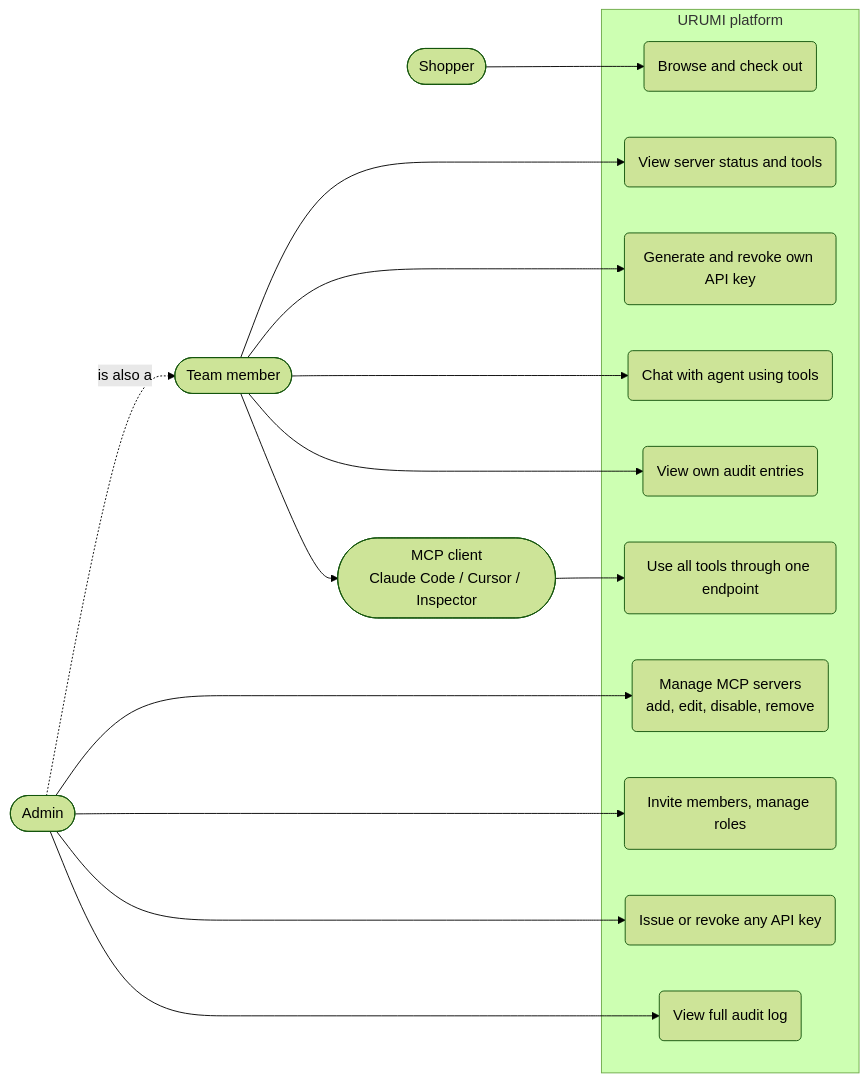
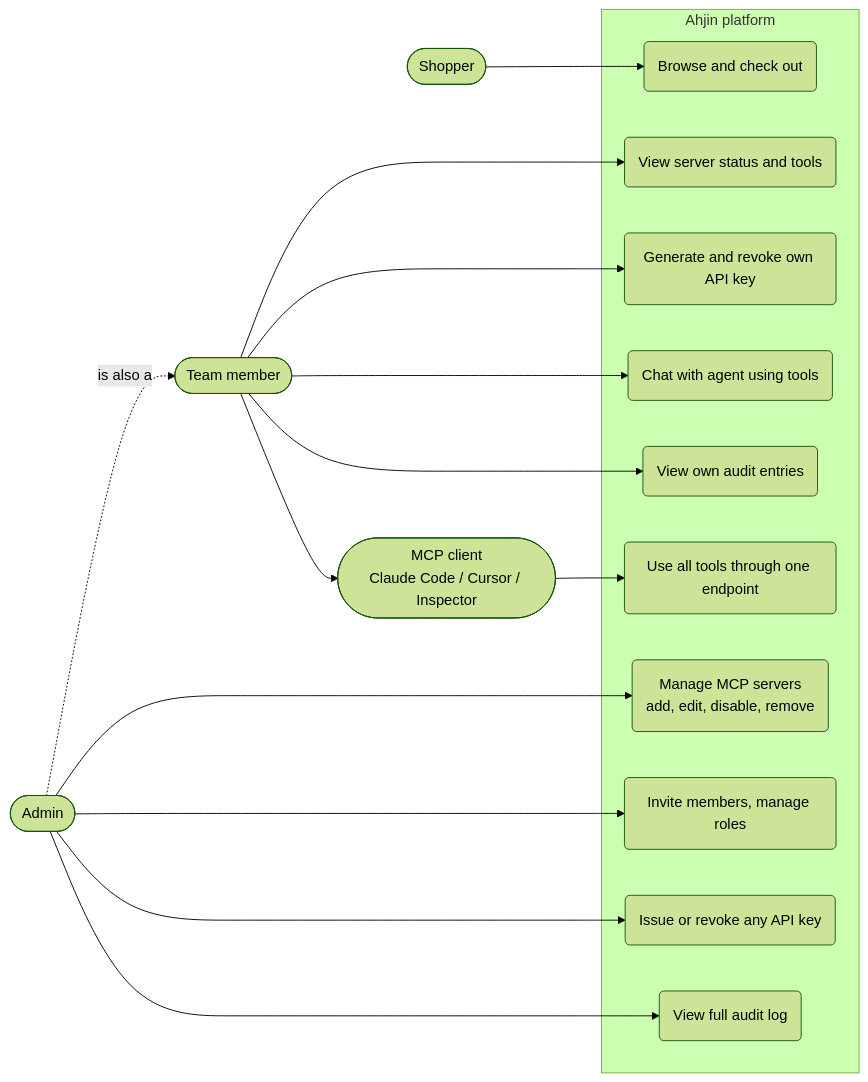
The first of 27 diagrams in docs/PROJECT_PLAN.md (Mohan0112/Merchant_MCP_gateway), drawn with Mermaid (forest theme) before and after one commit. The commit also changed other lines of this file and 135 other files, not shown here.

````diff
--- a/docs/PROJECT_PLAN.md
+++ b/docs/PROJECT_PLAN.md
@@ -153,33 +153,33 @@
 ```mermaid
 flowchart LR
     admin(["Admin"])
     member(["Team member"])
     shopper(["Shopper"])
     client(["MCP client<br/>Claude Code / Cursor / Inspector"])
 
-    subgraph platform["URUMI platform"]
+    subgraph platform["Ahjin platform"]
         UC1("Manage MCP servers<br/>add, edit, disable, remove")
         UC2("View server status and tools")
         UC3("Invite members, manage roles")
         UC4("Issue or revoke any API key")
         UC5("View full audit log")
         UC6("Generate and revoke own API key")
         UC7("Chat with agent using tools")
         UC8("Use all tools through one endpoint")
         UC9("View own audit entries")
         UC10("Browse and check out")
     end
 
     admin -.->|"is also a"| member
     admin --> UC1
     admin --> UC3
     admin --> UC4
     admin --> UC5
     member --> UC2
     member --> UC6
     member --> UC7
     member --> UC9
     member --> client
     client --> UC8
     shopper --> UC10
 ```
````
